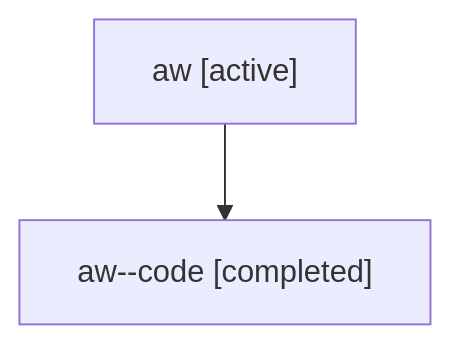
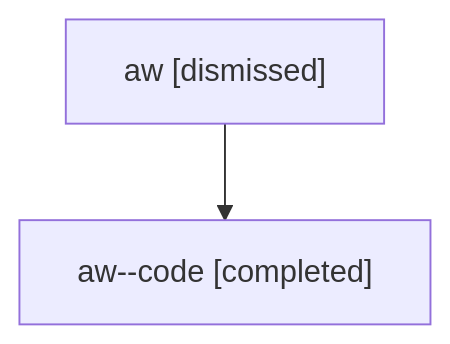
Before and after one commit to sase-org/sase--agents: the diagram in sessions/bbugyi200.athena.aw.md, drawn with Mermaid. The commit also changed other lines of this file and 124 other files, not shown here.

````diff
--- a/sessions/bbugyi200.athena.aw.md
+++ b/sessions/bbugyi200.athena.aw.md
@@ -9,6 +9,6 @@
 ```mermaid
 flowchart TD
-  n0["aw [active]"]
+  n0["aw [dismissed]"]
   n1["aw--code [completed]"]
   n0 --> n1
 ```
````
